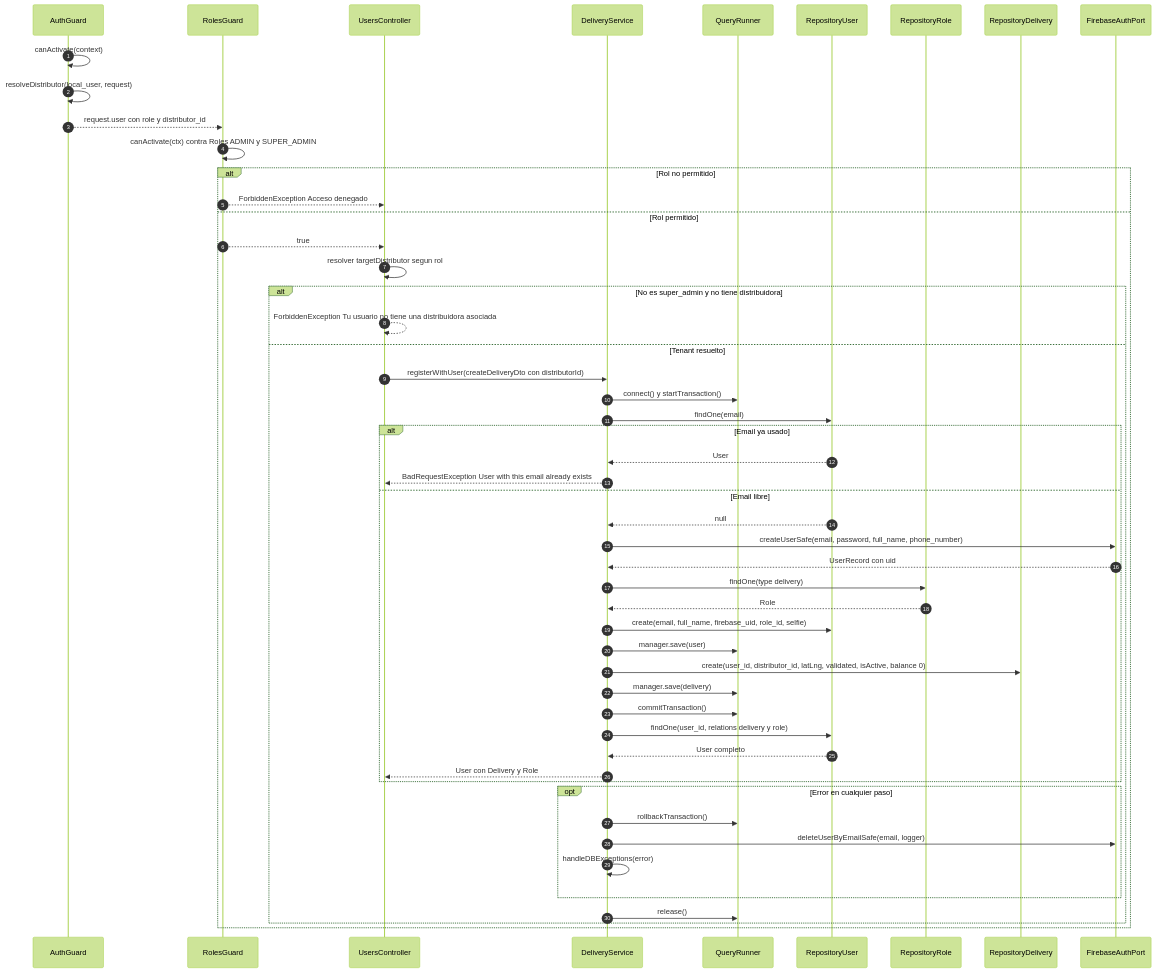
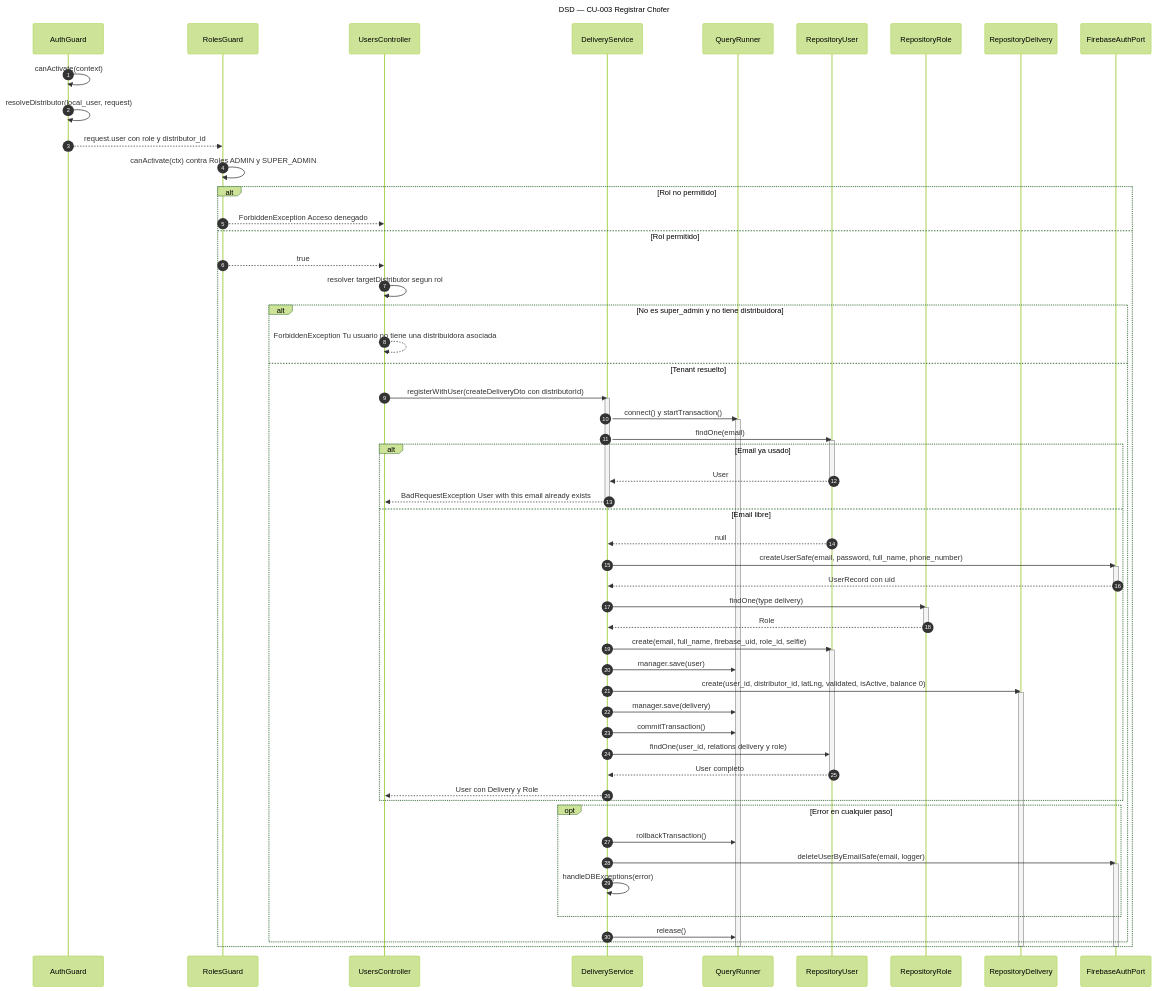
Before and after one commit to Nahuelito-Dev/splg-docs: the diagram in diagramas/DSD_CU-003_Registrar-Chofer.mmd, drawn with Mermaid (forest theme). The commit also changed 296 other files, not shown here.

First line of the commit message:
feat(notacion): completar la notación UML de los 293 diagramas de secuencia

```diff
--- a/diagramas/DSD_CU-003_Registrar-Chofer.mmd
+++ b/diagramas/DSD_CU-003_Registrar-Chofer.mmd
@@ -1,53 +1,70 @@
 sequenceDiagram
+    title DSD — CU-003 Registrar Chofer
     autonumber
     participant GUARD as AuthGuard
     participant RG as RolesGuard
     participant CTRL as UsersController
     participant DSRV as DeliveryService
     participant QR as QueryRunner
     participant UREP as RepositoryUser
     participant RREP as RepositoryRole
     participant DREP as RepositoryDelivery
     participant FB as FirebaseAuthPort
 
     GUARD->>GUARD: canActivate(context)
     GUARD->>GUARD: resolveDistributor(local_user, request)
     GUARD-->>RG: request.user con role y distributor_id
     RG->>RG: canActivate(ctx) contra Roles ADMIN y SUPER_ADMIN
     alt Rol no permitido
         RG-->>CTRL: ForbiddenException Acceso denegado
     else Rol permitido
         RG-->>CTRL: true
         CTRL->>CTRL: resolver targetDistributor segun rol
         alt No es super_admin y no tiene distribuidora
             CTRL-->>CTRL: ForbiddenException Tu usuario no tiene una distribuidora asociada
         else Tenant resuelto
             CTRL->>DSRV: registerWithUser(createDeliveryDto con distributorId)
+            activate DSRV
             DSRV->>QR: connect() y startTransaction()
+            activate QR
             DSRV->>UREP: findOne(email)
+            activate UREP
             alt Email ya usado
                 UREP-->>DSRV: User
+                deactivate UREP
                 DSRV-->>CTRL: BadRequestException User with this email already exists
+                deactivate DSRV
             else Email libre
                 UREP-->>DSRV: null
                 DSRV->>FB: createUserSafe(email, password, full_name, phone_number)
+                activate FB
                 FB-->>DSRV: UserRecord con uid
+                deactivate FB
                 DSRV->>RREP: findOne(type delivery)
+                activate RREP
                 RREP-->>DSRV: Role
+                deactivate RREP
                 DSRV->>UREP: create(email, full_name, firebase_uid, role_id, selfie)
+                activate UREP
                 DSRV->>QR: manager.save(user)
                 DSRV->>DREP: create(user_id, distributor_id, latLng, validated, isActive, balance 0)
+                activate DREP
                 DSRV->>QR: manager.save(delivery)
                 DSRV->>QR: commitTransaction()
                 DSRV->>UREP: findOne(user_id, relations delivery y role)
                 UREP-->>DSRV: User completo
+                deactivate UREP
                 DSRV-->>CTRL: User con Delivery y Role
             end
             opt Error en cualquier paso
                 DSRV->>QR: rollbackTransaction()
                 DSRV->>FB: deleteUserByEmailSafe(email, logger)
+                activate FB
                 DSRV->>DSRV: handleDBExceptions(error)
             end
             DSRV->>QR: release()
         end
     end
+    deactivate DREP
+    deactivate FB
+    deactivate QR
```
